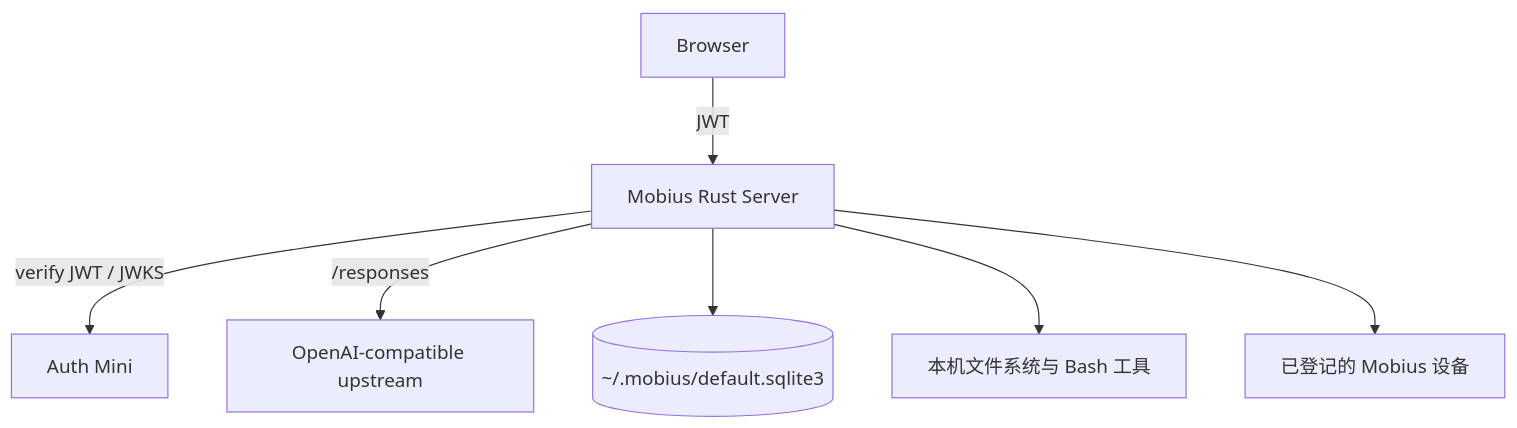
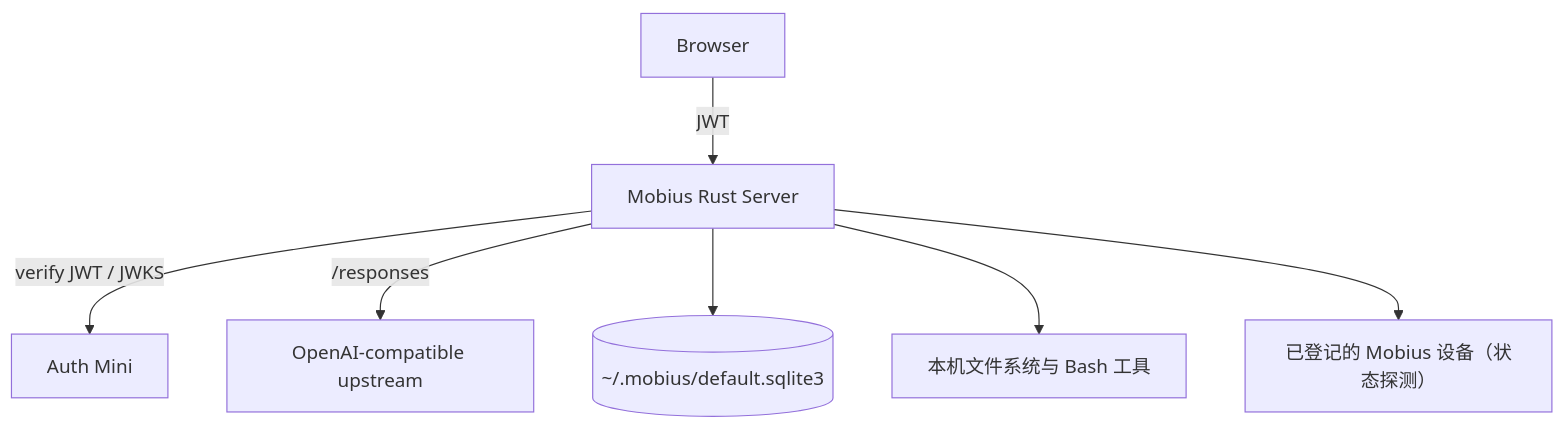
Before and after one commit to zccz14/cybion: the third of 3 diagrams in README.md, drawn with Mermaid. The commit also changed other lines of this file, not shown here.

Commit message:
📝 define remote device tool architecture (#37)

````diff
--- a/README.md
+++ b/README.md
@@ -176,9 +187,9 @@
 ```mermaid
 flowchart TB
   B["Browser"] -->|"JWT"| S["Mobius Rust Server"]
   S -->|"verify JWT / JWKS"| AM["Auth Mini"]
   S -->|"/responses"| O["OpenAI-compatible upstream"]
   S --> DB[("~/.mobius/default.sqlite3")]
   S --> T["本机文件系统与 Bash 工具"]
-  S --> P["已登记的 Mobius 设备"]
+  S --> P["已登记的 Mobius 设备（状态探测）"]
 ```
````
